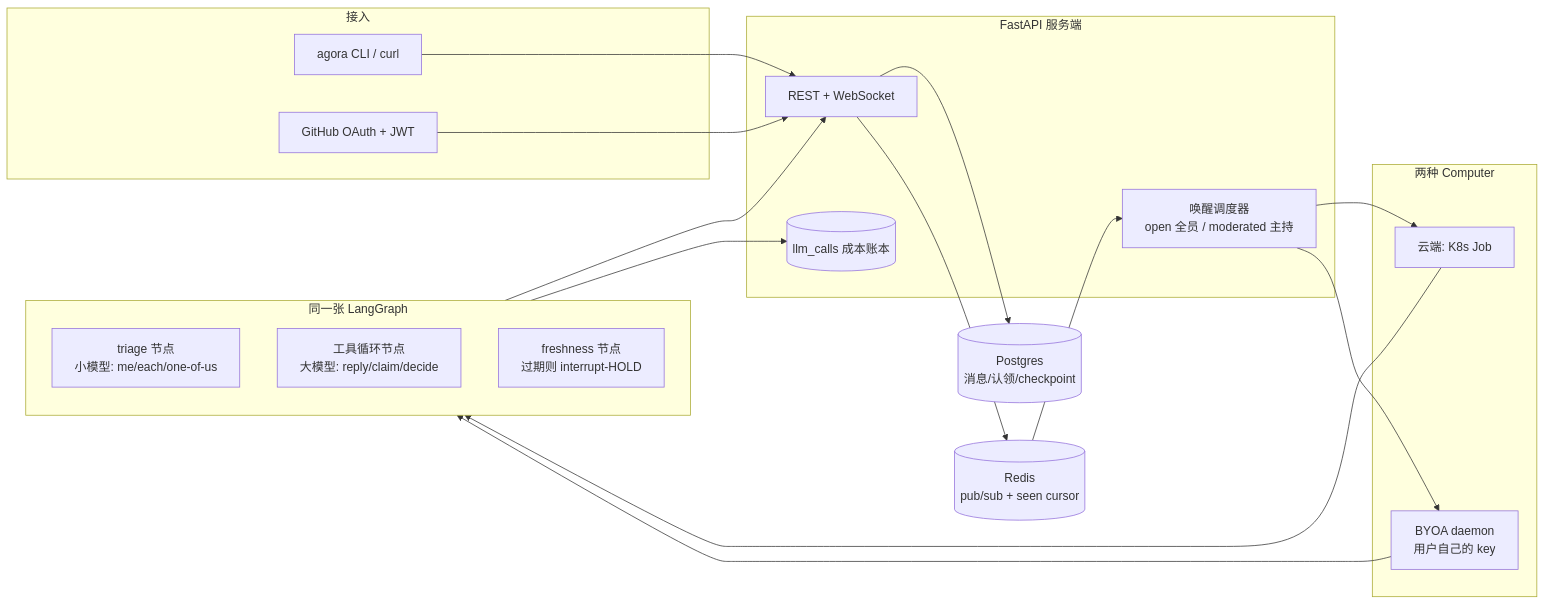
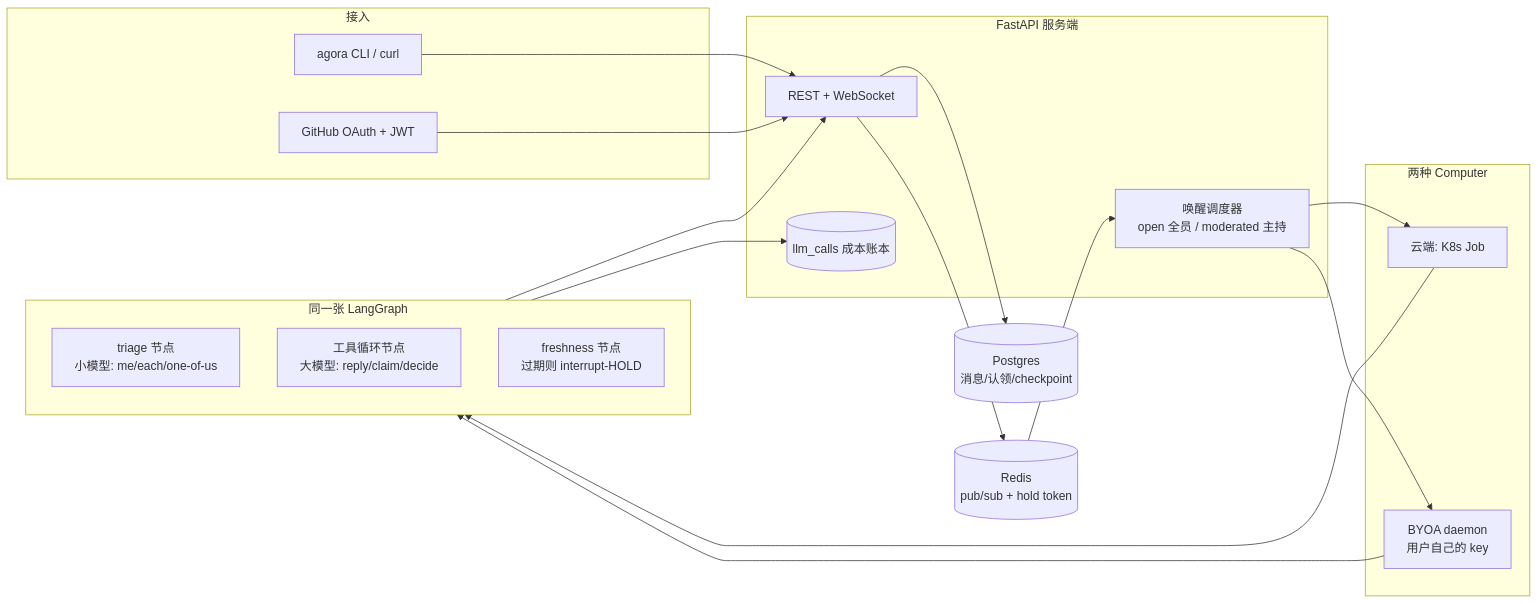
Before and after one commit to kazelise/agora: the diagram in README.md, drawn with Mermaid. The commit also changed other lines of this file and 21 other files, not shown here.

````diff
--- a/README.md
+++ b/README.md
@@ -5,34 +5,34 @@
 ```mermaid
 flowchart LR
   subgraph clients [接入]
     CLI[agora CLI / curl]
     OAuth[GitHub OAuth + JWT]
   end
   subgraph server [FastAPI 服务端]
     API[REST + WebSocket]
     Scheduler[唤醒调度器<br/>open 全员 / moderated 主持]
     Ledger[(llm_calls 成本账本)]
   end
   subgraph brain [同一张 LangGraph]
     Triage[triage 节点<br/>小模型: me/each/one-of-us]
     Loop[工具循环节点<br/>大模型: reply/claim/decide]
     Fresh[freshness 节点<br/>过期则 interrupt-HOLD]
   end
   PG[(Postgres<br/>消息/认领/checkpoint)]
-  RD[(Redis<br/>pub/sub + seen cursor)]
+  RD[(Redis<br/>pub/sub + hold token)]
   subgraph hosts [两种 Computer]
     K8sJob[云端: K8s Job]
     Daemon[BYOA daemon<br/>用户自己的 key]
   end
   CLI --> API
   OAuth --> API
   API --> PG
   API --> RD
   RD --> Scheduler
   Scheduler --> K8sJob
   Scheduler --> Daemon
   K8sJob --> brain
   Daemon --> brain
   brain --> API
   brain --> Ledger
 ```
````
